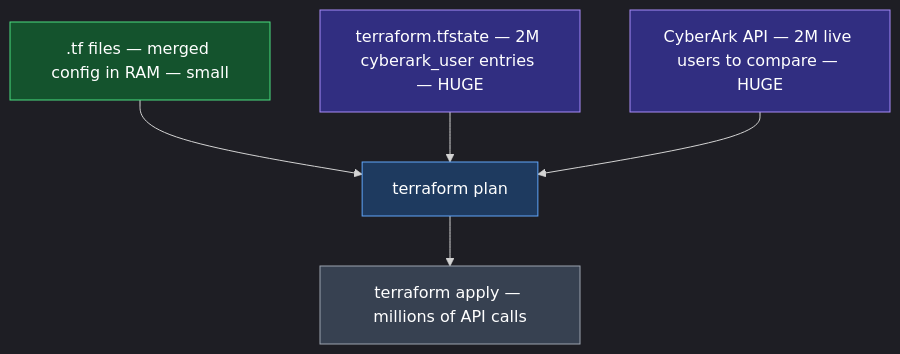
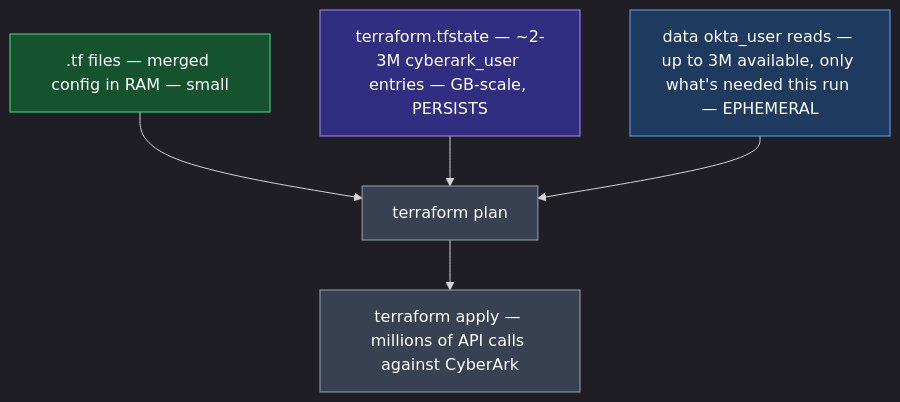
Before and after one commit to nirajp82/Terraform_Basics: the third of 6 diagrams in 04_Core_Terraform_Basics/02_Configuration_Directory.md, drawn with Mermaid. The commit also changed other lines of this file and 1 other file, not shown here.

Commit message:
Clarify plan/apply memory: resource blocks (persisted in state) vs. data blocks (ephemeral reads)

````diff
--- a/04_Core_Terraform_Basics/02_Configuration_Directory.md
+++ b/04_Core_Terraform_Basics/02_Configuration_Directory.md
@@ -165,17 +177,17 @@
 ```mermaid
 %%{init: {'theme': 'dark', 'flowchart': {'htmlLabels': true}}}%%
 flowchart TD
     CODE[".tf files — merged config in RAM — small"]
-    STATE["terraform.tfstate — 2M cyberark_user entries — HUGE"]
-    API["CyberArk API — 2M live users to compare — HUGE"]
+    STATE["terraform.tfstate — ~2-3M cyberark_user entries — GB-scale, PERSISTS"]
+    DATA["data okta_user reads — up to 3M available, only what's needed this run — EPHEMERAL"]
     CODE --> PLAN["terraform plan"]
     STATE --> PLAN
-    API --> PLAN
-    PLAN --> APPLY["terraform apply — millions of API calls"]
+    DATA --> PLAN
+    PLAN --> APPLY["terraform apply — millions of API calls against CyberArk"]
 
     style CODE fill:#14532d,stroke:#4ade80,color:#ffffff
     style STATE fill:#312e81,stroke:#a78bfa,color:#ffffff
-    style API fill:#312e81,stroke:#a78bfa,color:#ffffff
-    style PLAN fill:#1e3a5f,stroke:#60a5fa,color:#ffffff
+    style DATA fill:#1e3a5f,stroke:#60a5fa,color:#ffffff
+    style PLAN fill:#374151,stroke:#9ca3af,color:#ffffff
     style APPLY fill:#374151,stroke:#9ca3af,color:#ffffff
 ```
````
